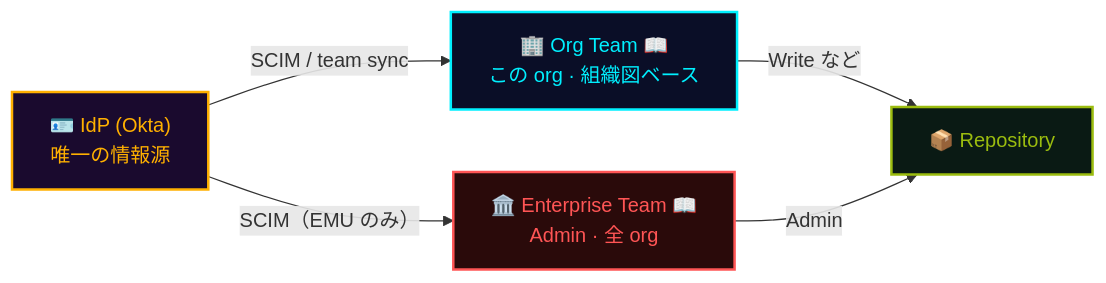
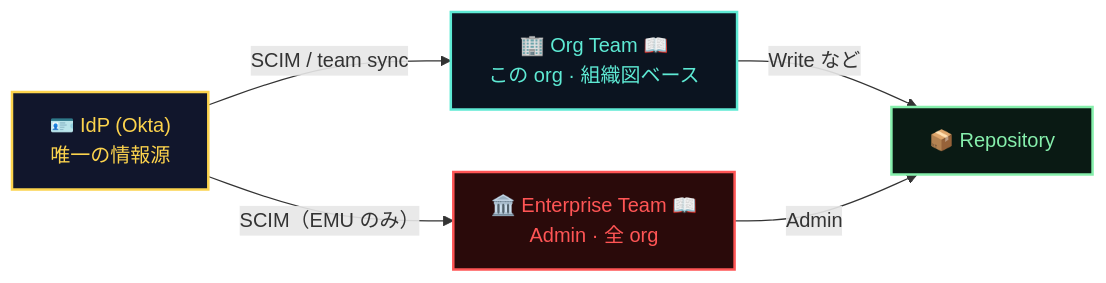
The diagram in src/content/playbook/ja/governance.md (theomonfort/theomonfort), drawn with Mermaid before and after one commit. The commit also changed other lines of this file and 607 other files, not shown here.

````diff
--- a/src/content/playbook/ja/governance.md
+++ b/src/content/playbook/ja/governance.md
@@ -122,23 +122,23 @@
 ```mermaid
 flowchart LR
   IDP["🪪 IdP (Okta)<br/>唯一の情報源"]
   ENT["🏛️ Enterprise Team 📖<br/>Admin · 全 org"]
   ORG["🏢 Org Team 📖<br/>この org · 組織図ベース"]
   REPO["📦 Repository"]
   IDP -->|"SCIM（EMU のみ）"| ENT
   IDP -->|"SCIM / team sync"| ORG
   ORG -->|Write など| REPO
   ENT -->|Admin| REPO
 
-  classDef idp fill:#1a0a2e,stroke:#ffb000,color:#ffb000,stroke-width:2px
+  classDef idp fill:#11162c,stroke:#fcd34d,color:#fcd34d,stroke-width:2px
   classDef ent fill:#2a0a0a,stroke:#ff5555,color:#ff5555,stroke-width:2px
-  classDef org fill:#0a0e27,stroke:#00f0ff,color:#00f0ff,stroke-width:2px
-  classDef repo fill:#0a1a14,stroke:#9bbc0f,color:#9bbc0f,stroke-width:2px
+  classDef org fill:#0b1420,stroke:#5eead4,color:#5eead4,stroke-width:2px
+  classDef repo fill:#0a1a14,stroke:#86efac,color:#86efac,stroke-width:2px
   class IDP idp
   class ENT ent
   class ORG org
   class REPO repo
 
   click ENT href "https://docs.github.com/en/enterprise-cloud@latest/admin/managing-accounts-and-repositories/managing-users-in-your-enterprise/create-enterprise-teams" "Enterprise teams のドキュメント" _blank
   click ORG href "https://docs.github.com/en/organizations/organizing-members-into-teams/about-teams" "Organization teams のドキュメント" _blank
 ```
````
